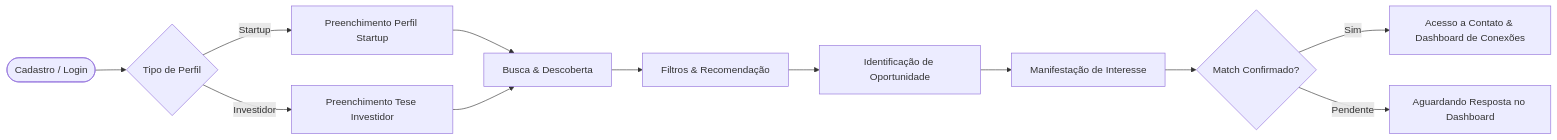
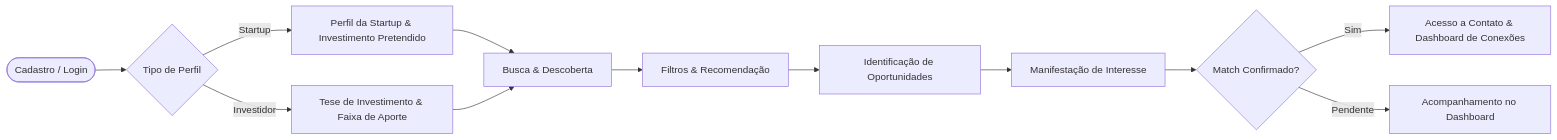
One commit to kiellzz/nexo changed the first of 2 diagrams in README.md. Above: the diagram before and after it, drawn with Mermaid. The commit also changed other lines of this file, not shown here.

````diff
--- a/README.md
+++ b/README.md
@@ -79,14 +77,14 @@
 ```mermaid
 flowchart LR
     A([Cadastro / Login]) --> B{Tipo de Perfil}
-    B -->|Startup| C[Preenchimento Perfil Startup]
-    B -->|Investidor| D[Preenchimento Tese Investidor]
+    B -->|Startup| C[Perfil da Startup & Investimento Pretendido]
+    B -->|Investidor| D[Tese de Investimento & Faixa de Aporte]
     C --> E[Busca & Descoberta]
     D --> E
     E --> F[Filtros & Recomendação]
-    F --> G[Identificação de Oportunidade]
+    F --> G[Identificação de Oportunidades]
     G --> H[Manifestação de Interesse]
     H --> I{Match Confirmado?}
     I -->|Sim| J[Acesso a Contato & Dashboard de Conexões]
-    I -->|Pendente| K[Aguardando Resposta no Dashboard]
+    I -->|Pendente| K[Acompanhamento no Dashboard]
 ```
````
